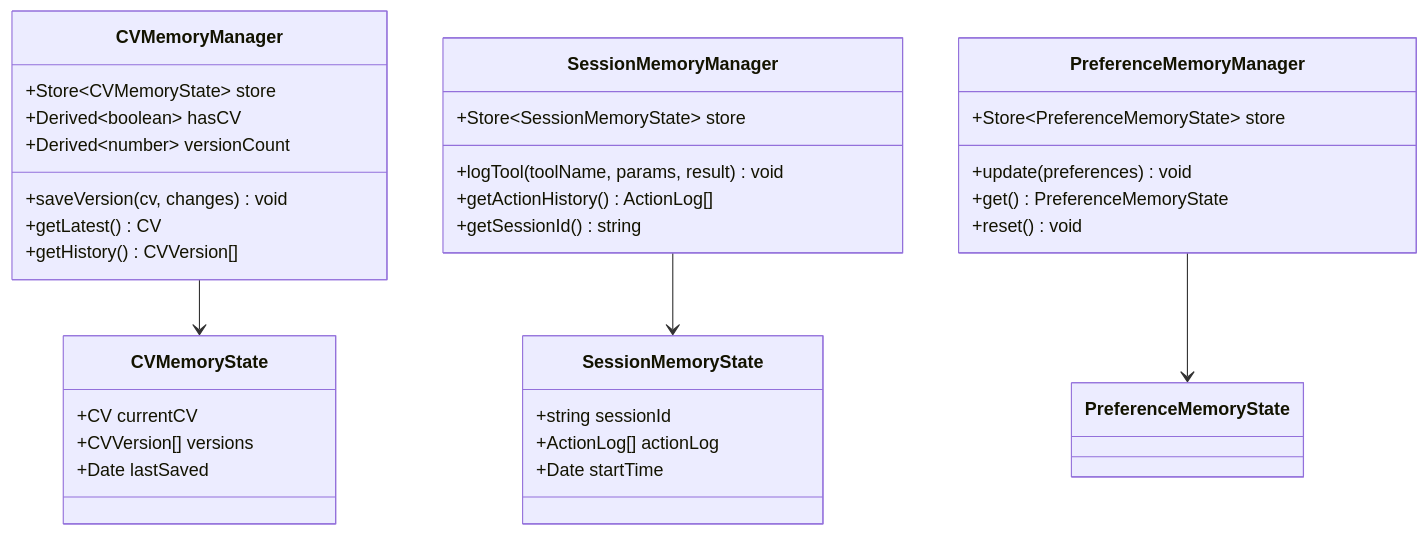
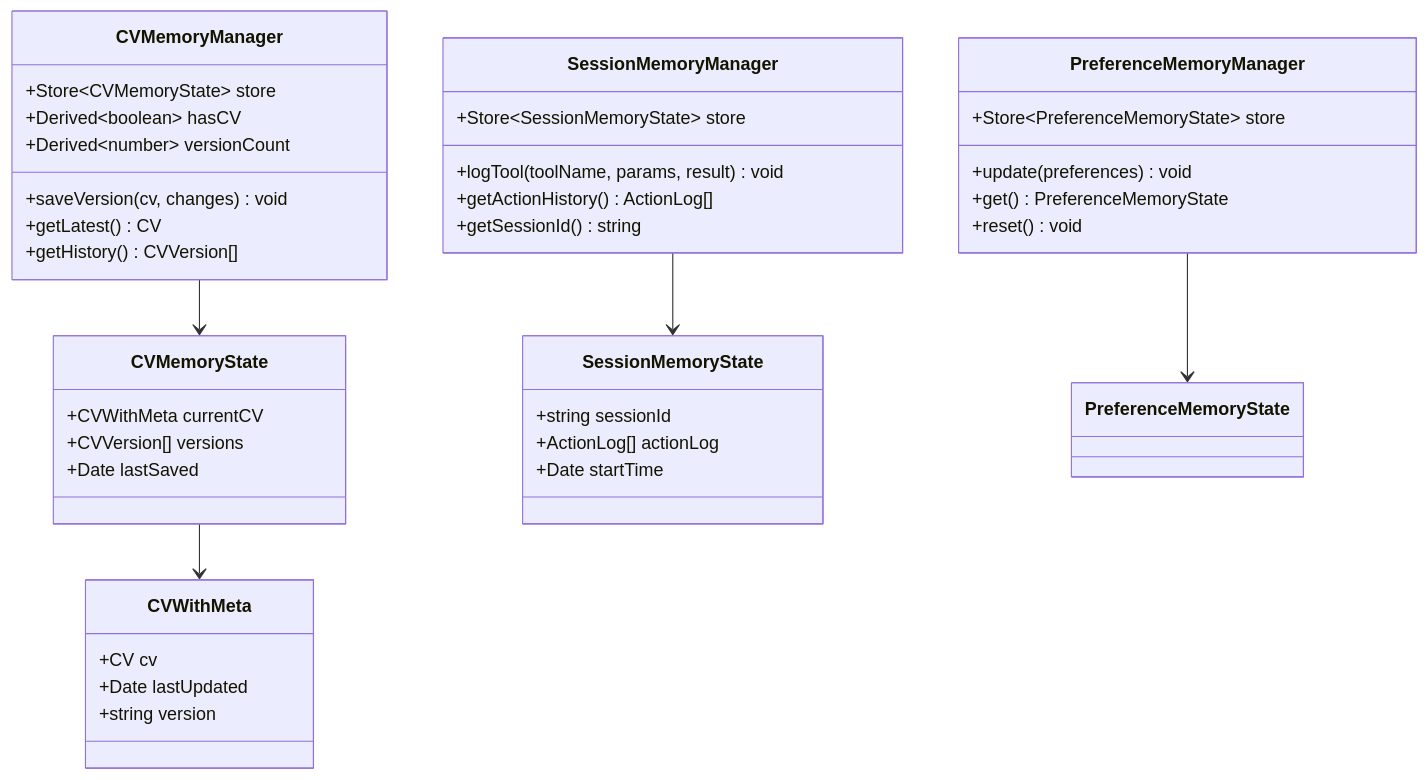
The sixth of 10 diagrams in .qoder/repowiki/en/content/User Interface Components/Standalone CV Builder.md (DoVuDung/cv-portfolio-builder), drawn with Mermaid before and after one commit. The commit also changed other lines of this file and 4 other files, not shown here.

````diff
--- a/.qoder/repowiki/en/content/User Interface Components/Standalone CV Builder.md
+++ b/.qoder/repowiki/en/content/User Interface Components/Standalone CV Builder.md
@@ -259,36 +312,42 @@
 ```mermaid
 classDiagram
 class CVMemoryManager {
 +Store~CVMemoryState~ store
 +Derived~boolean~ hasCV
 +Derived~number~ versionCount
 +saveVersion(cv, changes) void
 +getLatest() CV
 +getHistory() CVVersion[]
 }
 class SessionMemoryManager {
 +Store~SessionMemoryState~ store
 +logTool(toolName, params, result) void
 +getActionHistory() ActionLog[]
 +getSessionId() string
 }
 class PreferenceMemoryManager {
 +Store~PreferenceMemoryState~ store
 +update(preferences) void
 +get() PreferenceMemoryState
 +reset() void
 }
 class CVMemoryState {
-+CV currentCV
++CVWithMeta currentCV
 +CVVersion[] versions
 +Date lastSaved
 }
 class SessionMemoryState {
 +string sessionId
 +ActionLog[] actionLog
 +Date startTime
 }
+class CVWithMeta {
++CV cv
++Date lastUpdated
++string version
+}
 CVMemoryManager --> CVMemoryState
 SessionMemoryManager --> SessionMemoryState
 PreferenceMemoryManager --> PreferenceMemoryState
+CVMemoryState --> CVWithMeta
 ```
````
